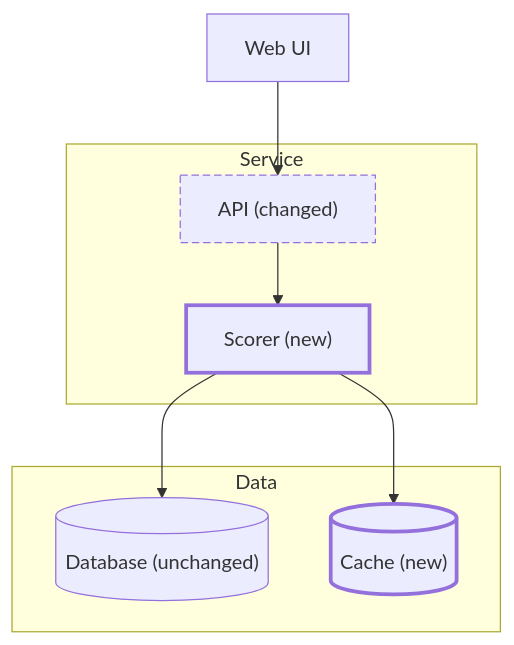
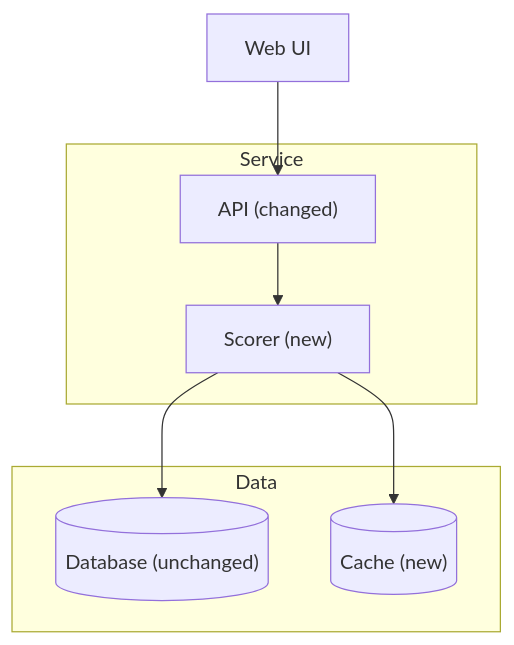
One commit to MattSamach/pi-marginalia changed the diagram in skills/marginalia-plan-review/references/change-maps.md. Above: the diagram before and after it, drawn with Mermaid. The commit also changed other lines of this file and 4 other files, not shown here.

Commit message:
Guidance: tag diagram elements with semantic roles, never colors

````diff
--- a/skills/marginalia-plan-review/references/change-maps.md
+++ b/skills/marginalia-plan-review/references/change-maps.md
@@ -5,20 +5,18 @@
 ```mermaid
 flowchart TB
   ui["Web UI"]
   subgraph service["Service"]
     api["API (changed)"]
     scorer["Scorer (new)"]
   end
   subgraph data["Data"]
     db[("Database (unchanged)")]
     cache[("Cache (new)")]
   end
   ui --> api
   api --> scorer
   scorer --> db
   scorer --> cache
-  classDef added stroke-width:3px
-  classDef changed stroke-dasharray:6 3
-  class scorer,cache added
+  class scorer,cache new
   class api changed
 ```
````
